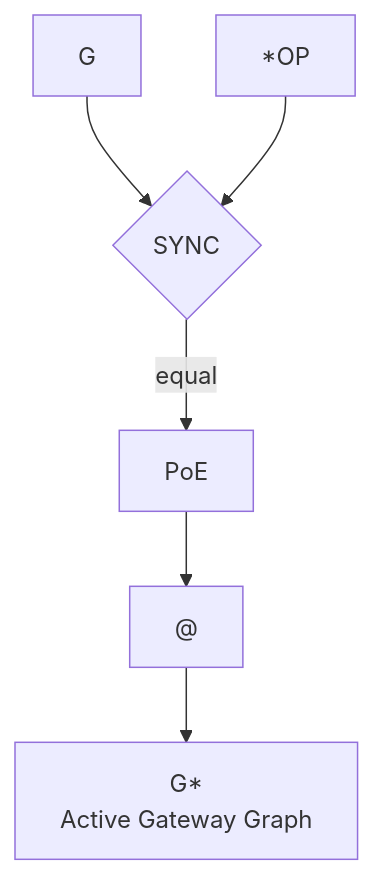
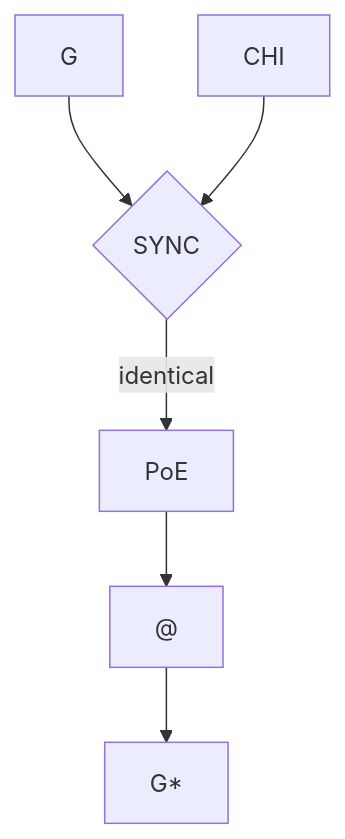
Before and after one commit to flipoyo/ComplexGitSync: diagram 14 of 37 in @CGS.md, drawn with Mermaid. The commit also changed other lines of this file, not shown here.

````diff
--- a/@CGS.md
+++ b/@CGS.md
@@ -528,16 +398,16 @@
 ```mermaid
 flowchart TB
     G["G"]
-    OP["*OP"]
+    CHI["CHI"]
     SYNC{"SYNC"}
     POE["PoE"]
     AT["@"]
-    ACTIVE["G*<br/>Active Gateway Graph"]
+    ACTIVE["G*"]
 
     G --> SYNC
-    OP --> SYNC
+    CHI --> SYNC
 
-    SYNC -->|"equal"| POE
+    SYNC -->|"identical"| POE
     POE --> AT
     AT --> ACTIVE
 ```
````
